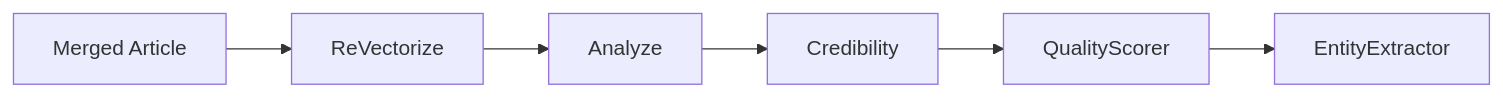
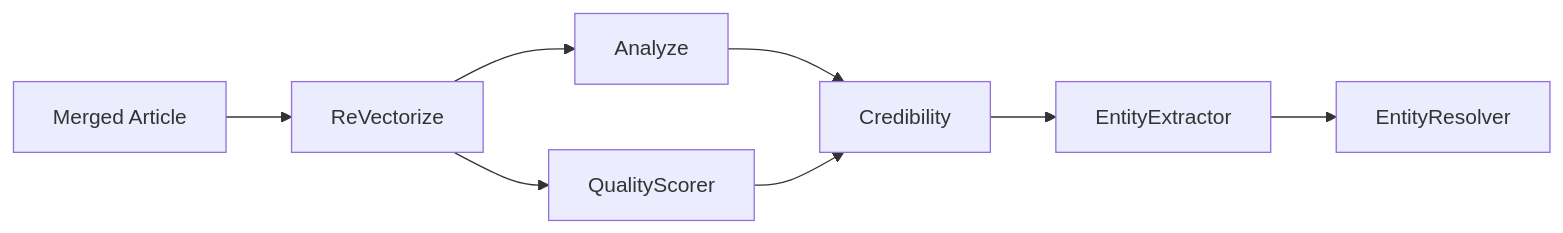
One commit to Kirky-X/weaver changed the third of 3 diagrams in README.md. Above: the diagram before and after it, drawn with Mermaid. The commit also changed other lines of this file and 89 other files, not shown here.

````diff
--- a/README.md
+++ b/README.md
@@ -569,8 +569,10 @@
 ```mermaid
 flowchart LR
     A[Merged Article] --> B[ReVectorize]
     B --> C[Analyze]
-    C --> D[Credibility]
-    D --> E[QualityScorer]
+    B --> D[QualityScorer]
+    C --> E[Credibility]
+    D --> E
     E --> F[EntityExtractor]
+    F --> G[EntityResolver]
 ```
````
